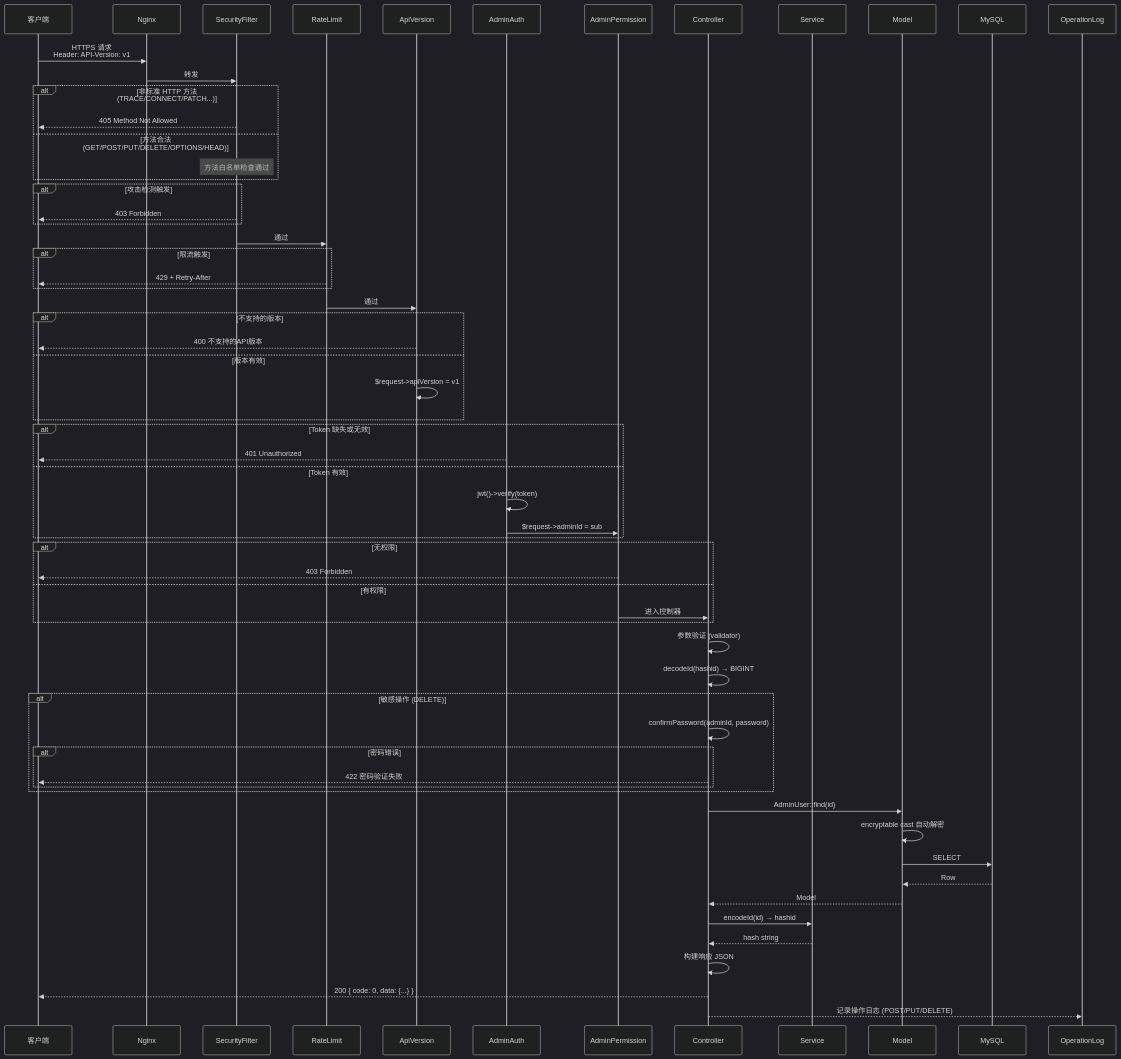
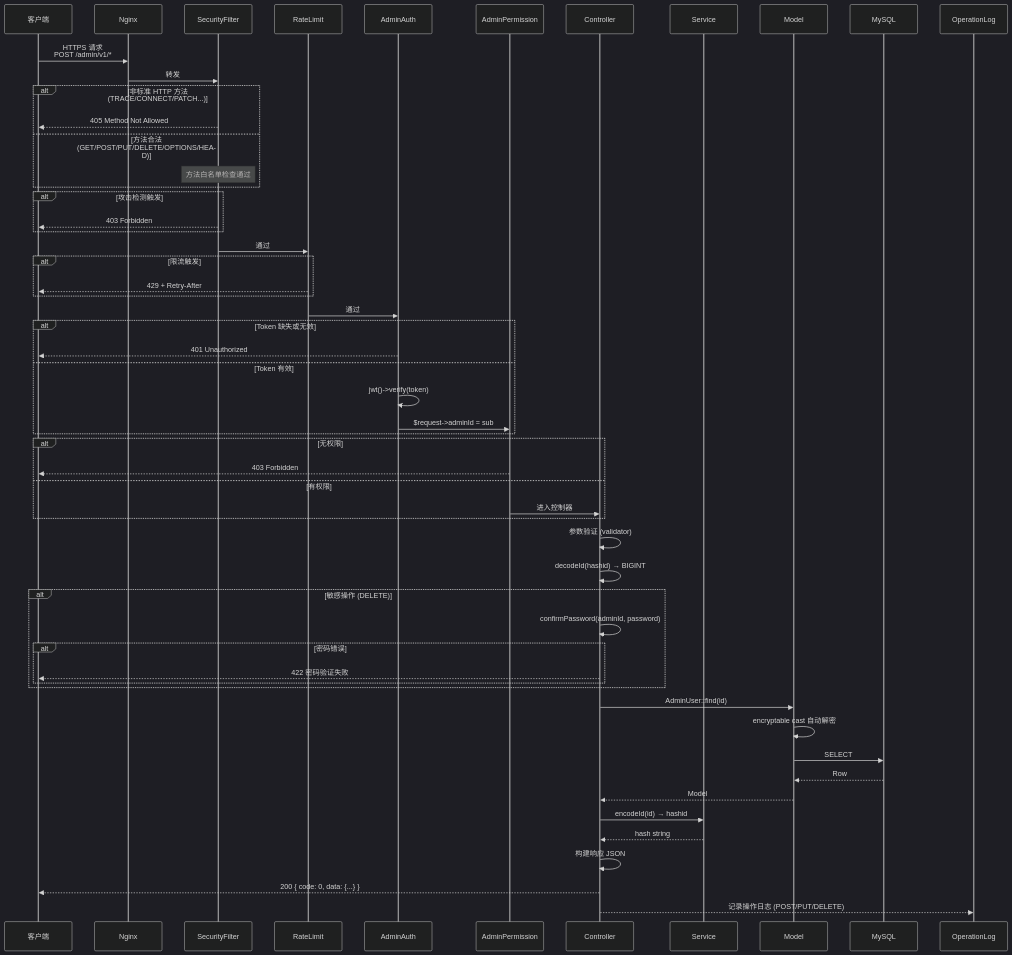
The third of 14 diagrams in admin/docs/ARCHITECTURE.bn.md (erikwang2013/game-platform-php), drawn with Mermaid (dark theme) before and after one commit. The commit also changed other lines of this file and 93 other files, not shown here.

````diff
--- a/admin/docs/ARCHITECTURE.bn.md
+++ b/admin/docs/ARCHITECTURE.bn.md
@@ -159,78 +153,71 @@
 ```mermaid
 sequenceDiagram
     participant C as 客户端
     participant N as Nginx
     participant MW_SF as SecurityFilter
     participant MW_RL as RateLimit
-    participant MW0 as ApiVersion
     participant MW1 as AdminAuth
     participant MW2 as AdminPermission
     participant CTL as Controller
     participant SVC as Service
     participant MDL as Model
     participant DB as MySQL
     participant OPLOG as OperationLog
 
-    C->>N: HTTPS 请求<br/>Header: API-Version: v1
+    C->>N: HTTPS 请求<br/>POST /admin/v1/*
     N->>MW_SF: 转发
 
     alt 非标准 HTTP 方法 (TRACE/CONNECT/PATCH...)
         MW_SF-->>C: 405 Method Not Allowed
     else 方法合法 (GET/POST/PUT/DELETE/OPTIONS/HEAD)
         Note over MW_SF: 方法白名单检查通过
     end
 
     alt 攻击检测触发
         MW_SF-->>C: 403 Forbidden
     end
 
     MW_SF->>MW_RL: 通过
 
     alt 限流触发
         MW_RL-->>C: 429 + Retry-After
     end
 
-    MW_RL->>MW0: 通过
-
-    alt 不支持的版本
-        MW0-->>C: 400 不支持的API版本
-    else 版本有效
-        MW0->>MW0: $request->apiVersion = v1
-    end
+    MW_RL->>MW1: 通过
 
     alt Token 缺失或无效
         MW1-->>C: 401 Unauthorized
     else Token 有效
         MW1->>MW1: jwt()->verify(token)
         MW1->>MW2: $request->adminId = sub
     end
 
     alt 无权限
         MW2-->>C: 403 Forbidden
     else 有权限
         MW2->>CTL: 进入控制器
     end
 
     CTL->>CTL: 参数验证 (validator)
     CTL->>CTL: decodeId(hashid) → BIGINT
 
     alt 敏感操作 (DELETE)
         CTL->>CTL: confirmPassword(adminId, password)
         alt 密码错误
             CTL-->>C: 422 密码验证失败
         end
     end
 
     CTL->>MDL: AdminUser::find(id)
     MDL->>MDL: encryptable cast 自动解密
     MDL->>DB: SELECT
     DB-->>MDL: Row
     MDL-->>CTL: Model
 
     CTL->>SVC: encodeId(id) → hashid
     SVC-->>CTL: hash string
 
     CTL->>CTL: 构建响应 JSON
     CTL-->>C: 200 { code: 0, data: {...} }
     CTL-->>OPLOG: 记录操作日志 (POST/PUT/DELETE)
 ```
````
